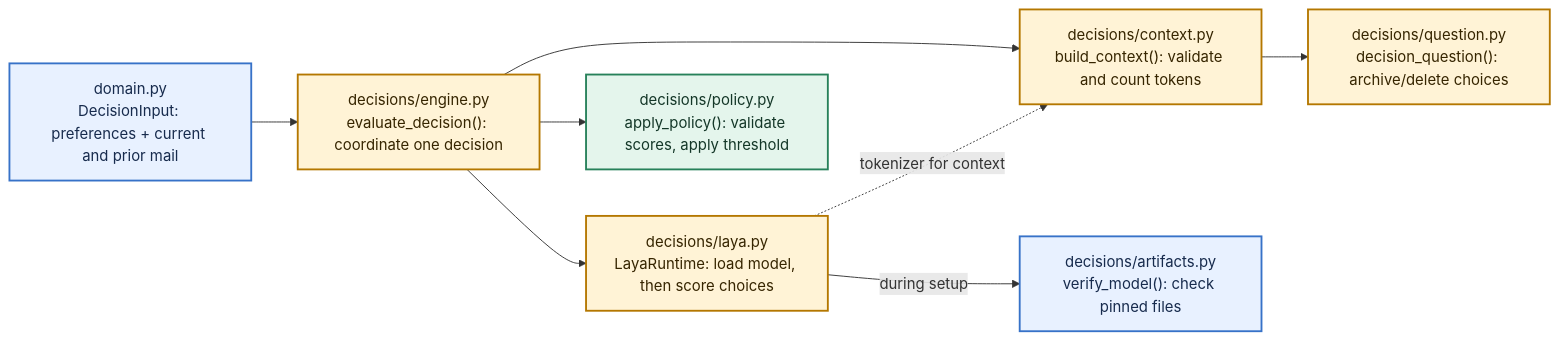
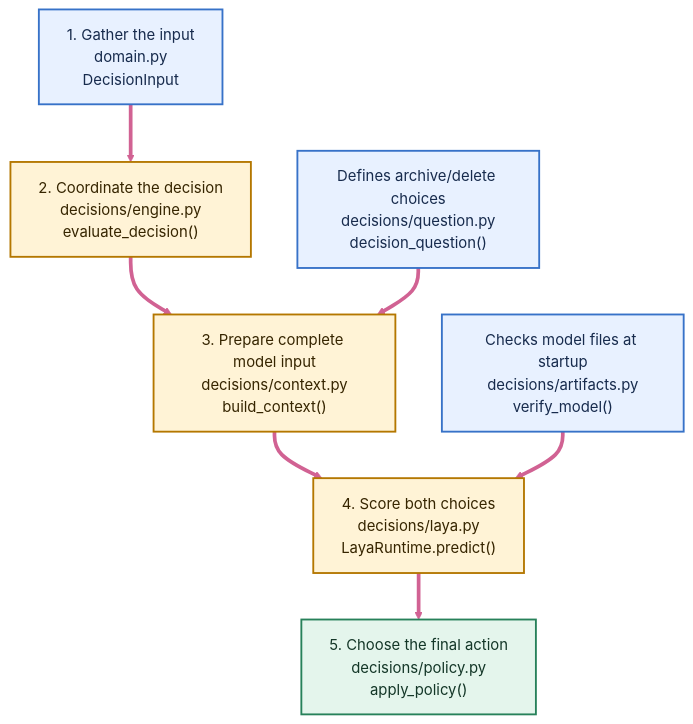
Before and after one commit to dylanrkuster/sweep: the second of 2 diagrams in docs/code-map.md, drawn with Mermaid. The commit also changed other lines of this file, not shown here.

````diff
--- a/docs/code-map.md
+++ b/docs/code-map.md
@@ -42,25 +38,23 @@
 ```mermaid
-flowchart LR
-    data["domain.py<br/>DecisionInput: preferences + current and prior mail"]
-    engine["decisions/engine.py<br/>evaluate_decision(): coordinate one decision"]
-    context["decisions/context.py<br/>build_context(): validate and count tokens"]
-    question["decisions/question.py<br/>decision_question(): archive/delete choices"]
-    model["decisions/laya.py<br/>LayaRuntime: load model, then score choices"]
-    files["decisions/artifacts.py<br/>verify_model(): check pinned files"]
-    policy["decisions/policy.py<br/>apply_policy(): validate scores, apply threshold"]
+flowchart TB
+    data["1. Gather the input<br/>domain.py<br/>DecisionInput"]
+    engine["2. Coordinate the decision<br/>decisions/engine.py<br/>evaluate_decision()"]
+    context["3. Prepare complete model input<br/>decisions/context.py<br/>build_context()"]
+    model["4. Score both choices<br/>decisions/laya.py<br/>LayaRuntime.predict()"]
+    policy["5. Choose the final action<br/>decisions/policy.py<br/>apply_policy()"]
+    question["Defines archive/delete choices<br/>decisions/question.py<br/>decision_question()"]
+    files["Checks model files at startup<br/>decisions/artifacts.py<br/>verify_model()"]
 
-    data --> engine
-    engine --> context
-    context --> question
-    engine --> model
-    model -->|during setup| files
-    model -.->|tokenizer for context| context
-    engine --> policy
+    data --> engine --> context --> model --> policy
+    question --> context
+    files --> model
+
+    linkStyle default stroke:#d16293,stroke-width:4px;
 
     classDef inputNode fill:#e8f1ff,stroke:#3772c8,stroke-width:2px,color:#172b4d;
     classDef work fill:#fff3d6,stroke:#b47700,stroke-width:2px,color:#362500;
     classDef output fill:#e4f5ec,stroke:#27815a,stroke-width:2px,color:#143728;
-    class data,files inputNode;
-    class engine,context,question,model work;
+    class data,question,files inputNode;
+    class engine,context,model work;
     class policy output;
 ```
````
